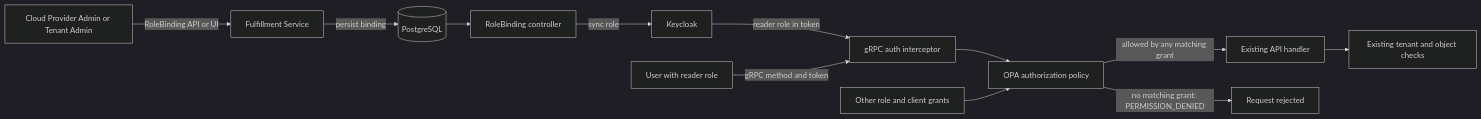
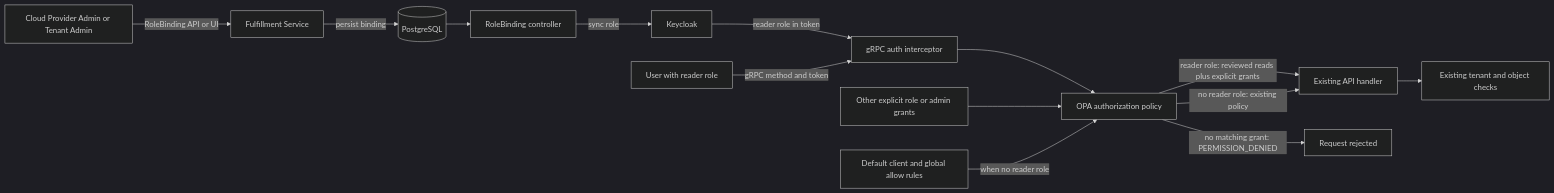
Before and after one commit to DakCrowder/enhancement-proposals: the diagram in enhancements/OSAC-6211-assign-read-only-api-permissions-to-users/design.md, drawn with Mermaid (dark theme). The commit also changed other lines of this file and 1 other file, not shown here.

First line of the commit message:
OSAC-6211: Clarify reader-only authorization

```diff
--- a/enhancements/OSAC-6211-assign-read-only-api-permissions-to-users/design.md
+++ b/enhancements/OSAC-6211-assign-read-only-api-permissions-to-users/design.md
@@ -89,14 +93,16 @@
 ~~~mermaid
 flowchart LR
   Admin[Cloud Provider Admin or Tenant Admin] -->|RoleBinding API or UI| Fulfillment[Fulfillment Service]
   Fulfillment -->|persist binding| DB[(PostgreSQL)]
   DB --> Controller[RoleBinding controller]
   Controller -->|sync role| Keycloak
   Keycloak -->|reader role in token| Interceptor[gRPC auth interceptor]
   User[User with reader role] -->|gRPC method and token| Interceptor
   Interceptor --> OPA[OPA authorization policy]
-  Existing[Other role and client grants] --> OPA
-  OPA -->|allowed by any matching grant| Handler[Existing API handler]
+  Existing[Other explicit role or admin grants] --> OPA
+  Default[Default client and global allow rules] -->|when no reader role| OPA
+  OPA -->|reader role: reviewed reads plus explicit grants| Handler[Existing API handler]
+  OPA -->|no reader role: existing policy| Handler
   Handler --> Scope[Existing tenant and object checks]
   OPA -->|no matching grant: PERMISSION_DENIED| Denied[Request rejected]
 ~~~
```
